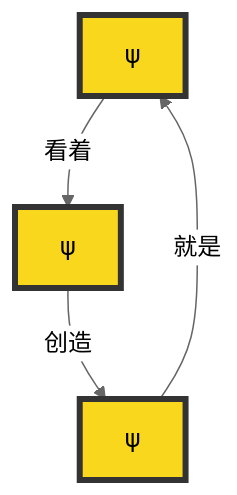
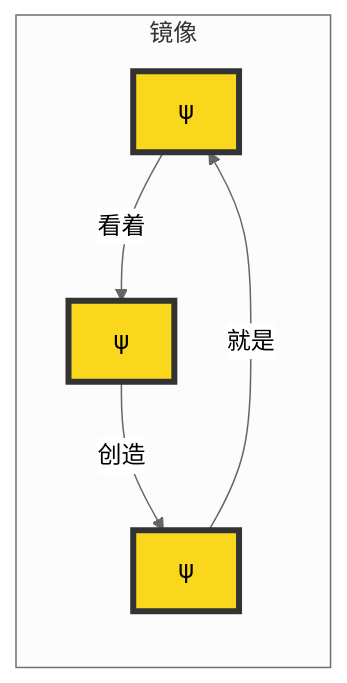
The first of 9 diagrams in doc/libs/alltheory/psi-awakening-theory/popular-guide/diagrams.md (xinetzone/tao), drawn with Mermaid (neutral theme) before and after one commit. The commit also changed other lines of this file and 2 other files, not shown here.

First line of the commit message:
feat(docs): 优化文档图表显示并添加mermaid配置

````diff
--- a/doc/libs/alltheory/psi-awakening-theory/popular-guide/diagrams.md
+++ b/doc/libs/alltheory/psi-awakening-theory/popular-guide/diagrams.md
@@ -10,10 +10,12 @@
 ```{mermaid}
-graph TD
-    A[ψ] -->|看着| B[ψ]
-    B -->|创造| C[ψ]
-    C -->|就是| A
+graph LR
+    subgraph 镜像
+        A[ψ] -->|看着| B[ψ]
+        B -->|创造| C[ψ]
+        C -->|就是| A
+    end
     
     style A fill:#f9d71c,stroke:#333,stroke-width:4px
     style B fill:#f9d71c,stroke:#333,stroke-width:4px
     style C fill:#f9d71c,stroke:#333,stroke-width:4px
 ```
````
